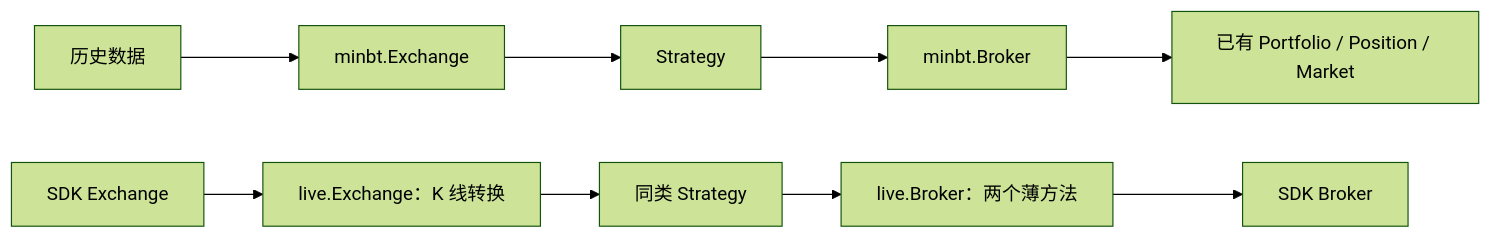
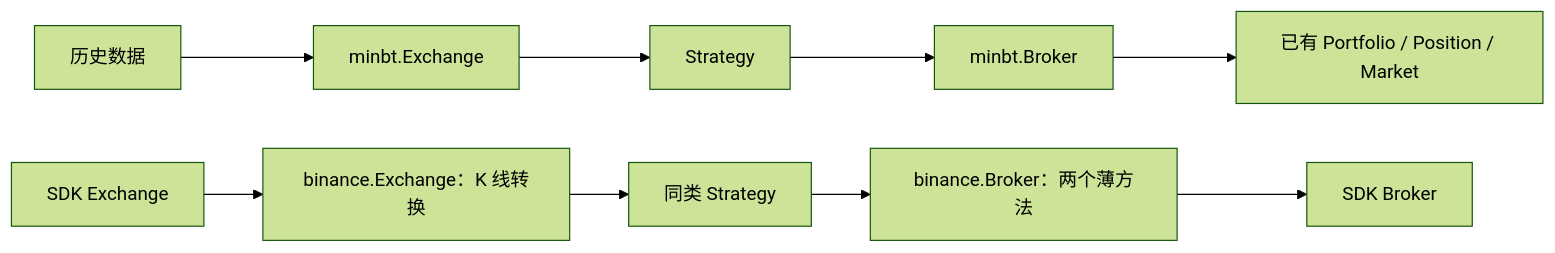
Before and after one commit to gseismic/minbt: the diagram in docs/design/live-trading-20261023-design.md, drawn with Mermaid (forest theme). The commit also changed other lines of this file and 30 other files, not shown here.

````diff
--- a/docs/design/live-trading-20261023-design.md
+++ b/docs/design/live-trading-20261023-design.md
@@ -164,11 +168,11 @@
 ```mermaid
 flowchart LR
     H[历史数据] --> R[minbt.Exchange]
     R --> S[Strategy]
     S --> B[minbt.Broker]
     B --> P[已有 Portfolio / Position / Market]
-    M[SDK Exchange] --> L[live.Exchange：K 线转换]
+    M[SDK Exchange] --> L[binance.Exchange：K 线转换]
     L --> T[同类 Strategy]
-    T --> A[live.Broker：两个薄方法]
+    T --> A[binance.Broker：两个薄方法]
     A --> E[SDK Broker]
 ```
````
